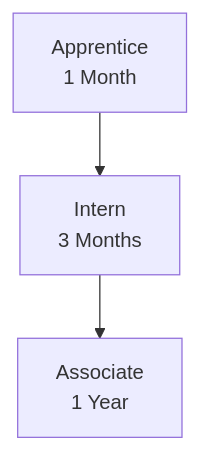
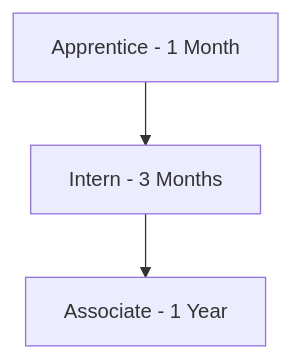
One commit to RIAHPathway/Website-Draft changed diagram 17 of 18 in RIAH-PATHWAY-EXPERIENTIAL-STRUCTURE/EXPERIENTIAL-STRUCTURE.md. Above: the diagram before and after it, drawn with Mermaid. The commit also changed other lines of this file, not shown here.

````diff
--- a/RIAH-PATHWAY-EXPERIENTIAL-STRUCTURE/EXPERIENTIAL-STRUCTURE.md
+++ b/RIAH-PATHWAY-EXPERIENTIAL-STRUCTURE/EXPERIENTIAL-STRUCTURE.md
@@ -1102,5 +1102,5 @@
 ```mermaid
 flowchart TD
-    A["Apprentice<br>1 Month"] --> B["Intern<br>3 Months"]
-    B --> C["Associate<br>1 Year"]
+    A["Apprentice - 1 Month"] --> B["Intern - 3 Months"]
+    B --> C["Associate - 1 Year"]
 ```
````
